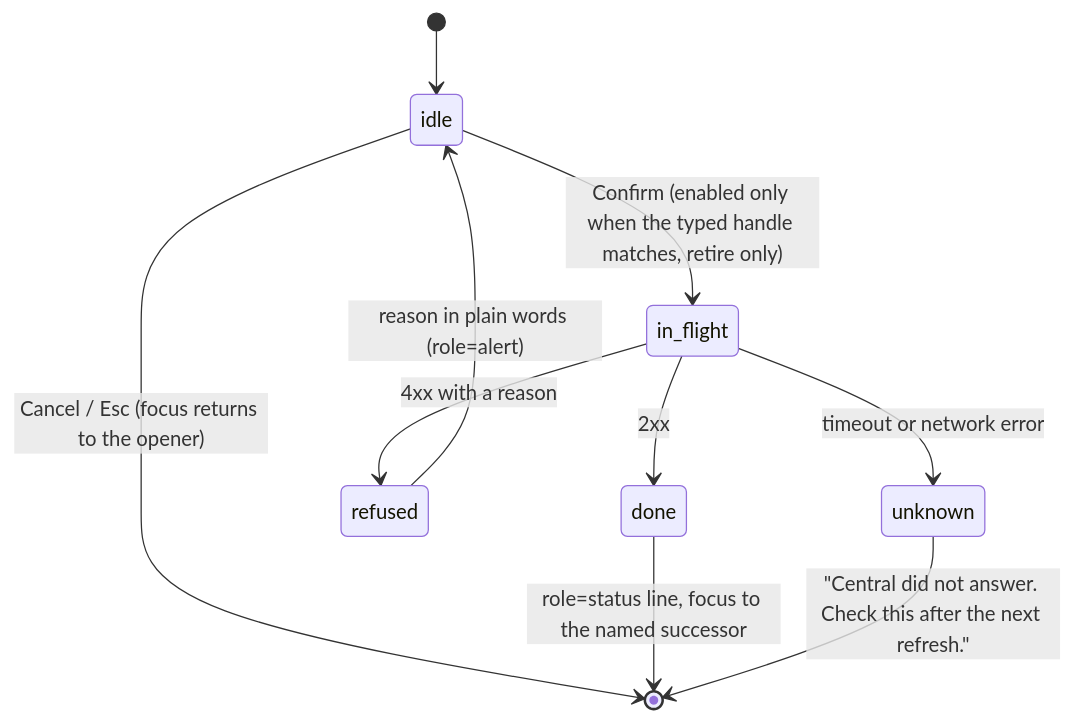
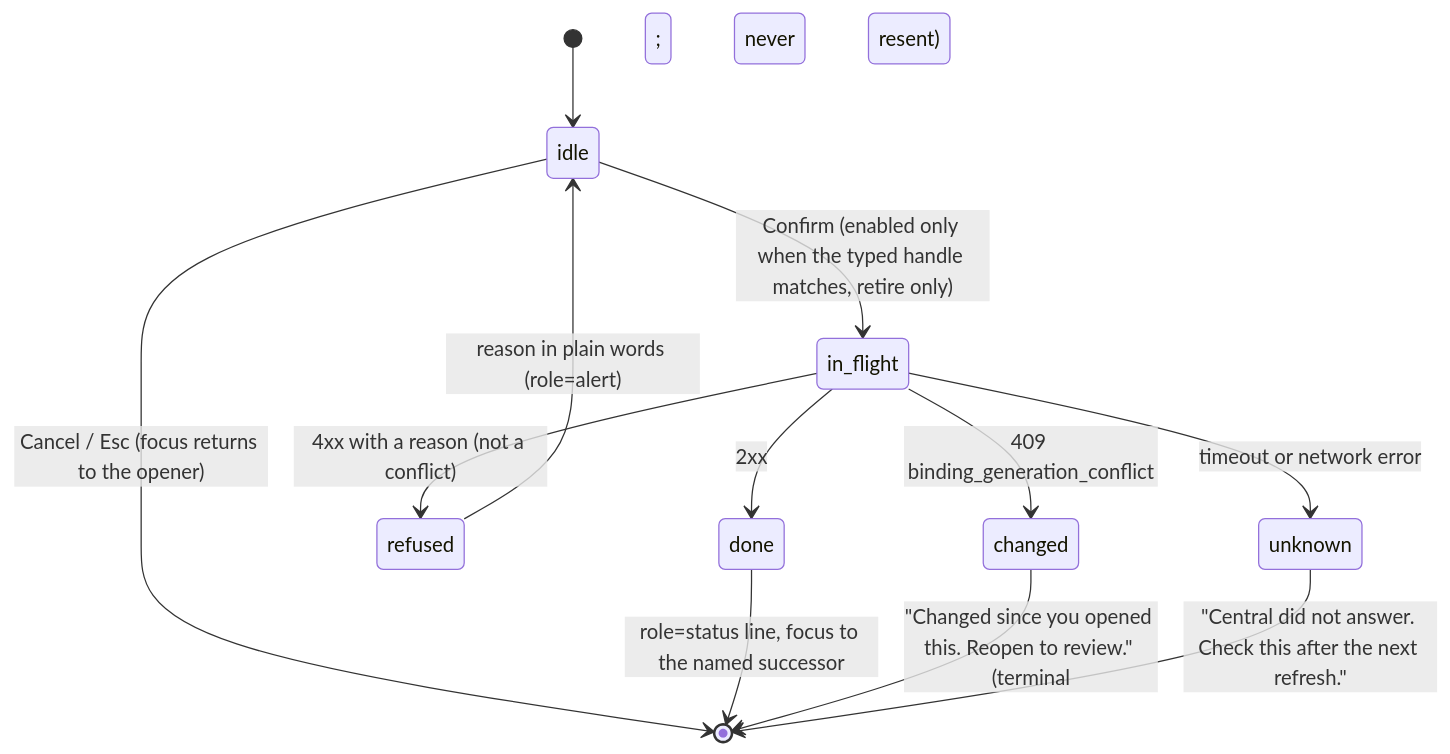
One commit to mcurcio/photo-wall changed the fourth of 4 diagrams in docs/operator-console-ux-pass2-onboarding.md. Above: the diagram before and after it, drawn with Mermaid. The commit also changed other lines of this file, not shown here.

Commit message:
docs(console): slice 2 design — final review edits (unconditional retire refusal, terminal conflicts)

````diff
--- a/docs/operator-console-ux-pass2-onboarding.md
+++ b/docs/operator-console-ux-pass2-onboarding.md
@@ -169,12 +169,14 @@
 ```mermaid
 stateDiagram-v2
   [*] --> idle
   idle --> in_flight: Confirm (enabled only when the typed handle matches, retire only)
   idle --> [*]: Cancel / Esc (focus returns to the opener)
   in_flight --> done: 2xx
-  in_flight --> refused: 4xx with a reason
+  in_flight --> refused: 4xx with a reason (not a conflict)
+  in_flight --> changed: 409 binding_generation_conflict
   in_flight --> unknown: timeout or network error
   done --> [*]: role=status line, focus to the named successor
   refused --> idle: reason in plain words (role=alert)
+  changed --> [*]: "Changed since you opened this. Reopen to review." (terminal; never resent)
   unknown --> [*]: "Central did not answer. Check this after the next refresh."
 ```
````
